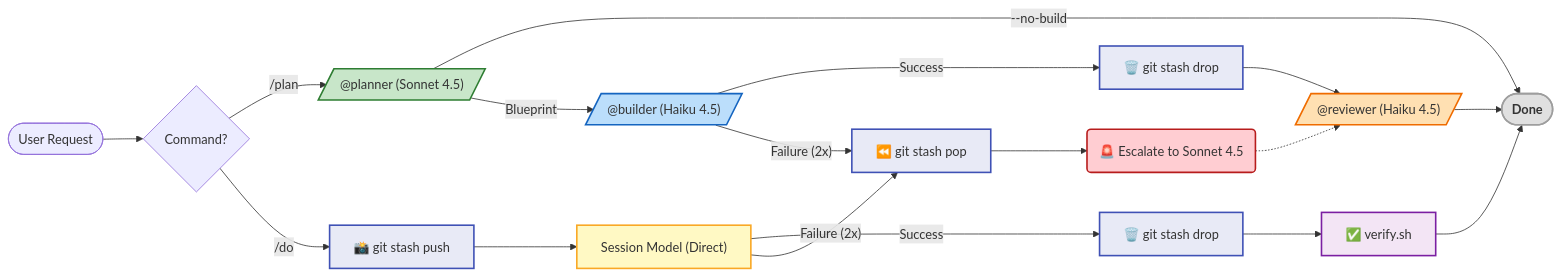
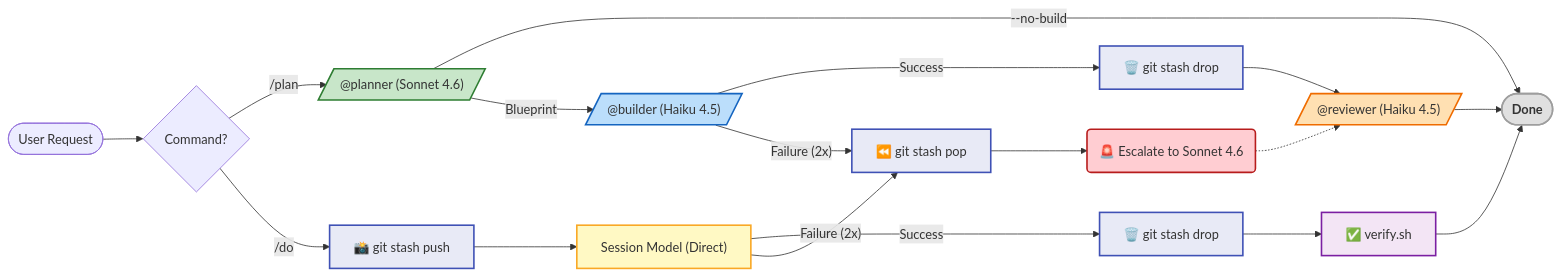
One commit to move-hoon/claude-pro-minmax changed the diagram in README.ko.md. Above: the diagram before and after it, drawn with Mermaid. The commit also changed other lines of this file and 5 other files, not shown here.

````diff
--- a/README.ko.md
+++ b/README.ko.md
@@ -86,40 +86,40 @@
 ```mermaid
 flowchart LR
     Start([User Request]) --> Cmd{Command?}
 
-    Cmd -->|/plan| Plan[/"@planner (Sonnet 4.5)"/]
+    Cmd -->|/plan| Plan[/"@planner (Sonnet 4.6)"/]
     Cmd -->|/do| Snap["📸 git stash push"]
 
     Snap --> Exec["Session Model (Direct)"]
     Plan -->|"--no-build"| Done([Done])
     Plan -->|Blueprint| Build[/"@builder (Haiku 4.5)"/]
     Exec -- "Success" --> DropDo["🗑️ git stash drop"]
     Build -- "Success" --> DropPlan["🗑️ git stash drop"]
     DropDo --> Verify["✅ verify.sh"]
     DropPlan --> Review[/"@reviewer (Haiku 4.5)"/]
     Exec -- "Failure (2x)" --> Pop["⏪ git stash pop"]
     Build -- "Failure (2x)" --> Pop
-    Pop --> Escalate("🚨 Escalate to Sonnet 4.5")
+    Pop --> Escalate("🚨 Escalate to Sonnet 4.6")
 
     Verify --> Done
     Review --> Done
     Escalate -.-> Review
 
     classDef planner fill:#c8e6c9,stroke:#2e7d32,stroke-width:2px;
     classDef builder fill:#bbdefb,stroke:#1565c0,stroke-width:2px;
     classDef reviewer fill:#ffe0b2,stroke:#ef6c00,stroke-width:2px;
     classDef escalate fill:#ffcdd2,stroke:#b71c1c,stroke-width:2px;
     classDef done fill:#e0e0e0,stroke:#9e9e9e,stroke-width:2px,font-weight:bold;
     classDef snapshot fill:#e8eaf6,stroke:#3f51b5,stroke-width:2px;
     classDef direct fill:#fff9c4,stroke:#f9a825,stroke-width:2px;
     classDef verify fill:#f3e5f5,stroke:#7b1fa2,stroke-width:2px;
 
     class Plan planner;
     class Build builder;
     class Review reviewer;
     class Escalate escalate;
     class Done done;
     class Snap,DropDo,DropPlan,Pop snapshot;
     class Exec direct;
     class Verify verify;
 ```
````
